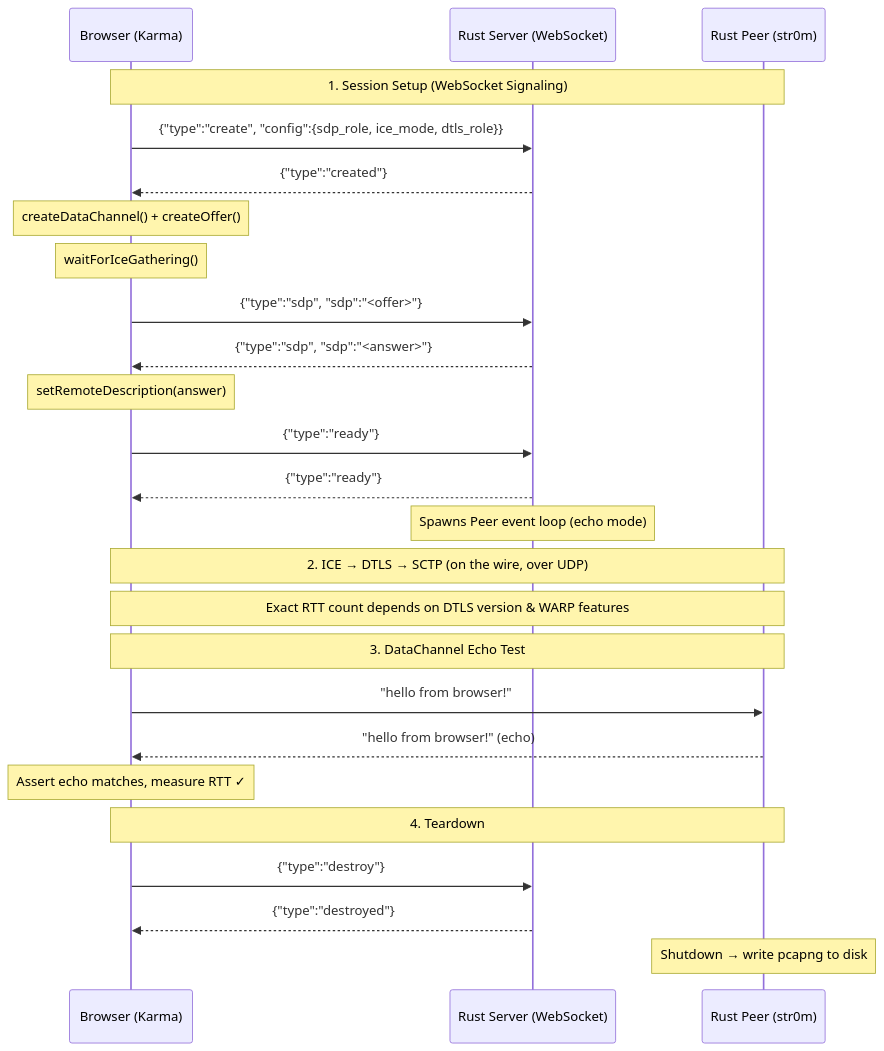
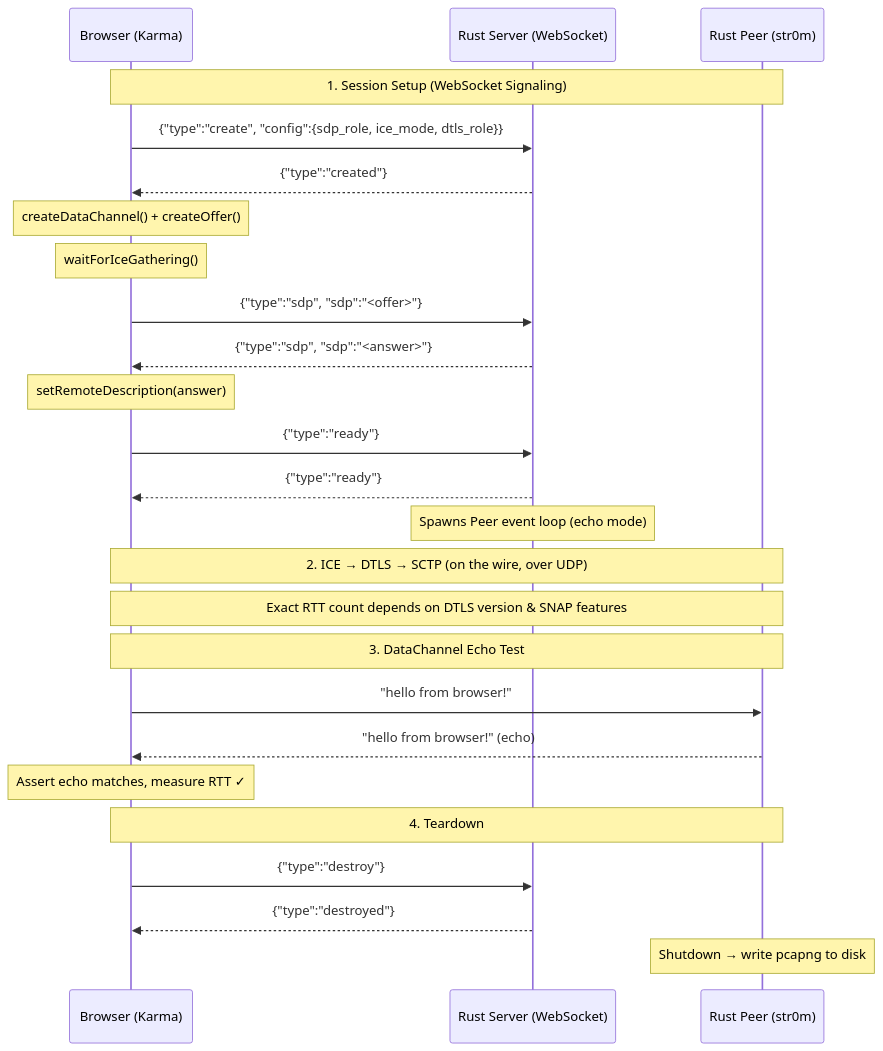
One commit to xnorpx/str0m_browser_integration_tests changed the third of 10 diagrams in README.md. Above: the diagram before and after it, drawn with Mermaid. The commit also changed other lines of this file, not shown here.

Commit message:
docs: Shift focus purely to DTLS 1.3 and SNAP optimizations

````diff
--- a/README.md
+++ b/README.md
@@ -109,33 +109,33 @@
 ```mermaid
 sequenceDiagram
     participant B as Browser (Karma)
     participant WS as Rust Server (WebSocket)
     participant P as Rust Peer (str0m)
 
     Note over B,P: 1. Session Setup (WebSocket Signaling)
     B->>WS: {"type":"create", "config":{sdp_role, ice_mode, dtls_role}}
     WS-->>B: {"type":"created"}
 
     Note over B: createDataChannel() + createOffer()
     Note over B: waitForIceGathering()
     B->>WS: {"type":"sdp", "sdp":"<offer>"}
     WS-->>B: {"type":"sdp", "sdp":"<answer>"}
     Note over B: setRemoteDescription(answer)
 
     B->>WS: {"type":"ready"}
     WS-->>B: {"type":"ready"}
     Note over WS: Spawns Peer event loop (echo mode)
 
     Note over B,P: 2. ICE → DTLS → SCTP (on the wire, over UDP)
-    Note over B,P: Exact RTT count depends on DTLS version & WARP features
+    Note over B,P: Exact RTT count depends on DTLS version & SNAP features
 
     Note over B,P: 3. DataChannel Echo Test
     B->>P: "hello from browser!"
     P-->>B: "hello from browser!" (echo)
     Note over B: Assert echo matches, measure RTT ✓
 
     Note over B,P: 4. Teardown
     B->>WS: {"type":"destroy"}
     WS-->>B: {"type":"destroyed"}
     Note over P: Shutdown → write pcapng to disk
 ```
````
